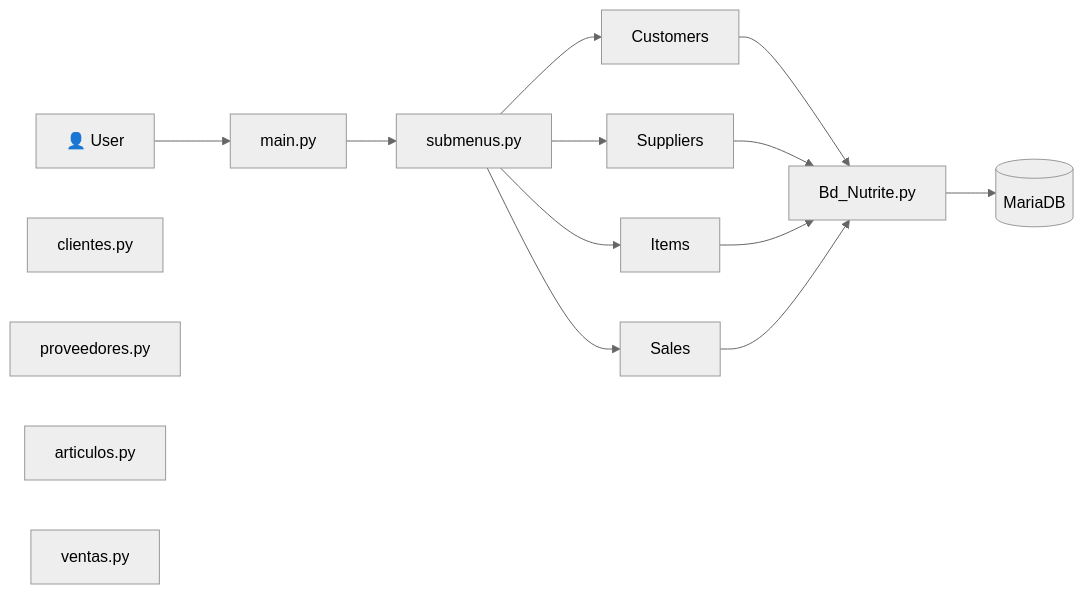
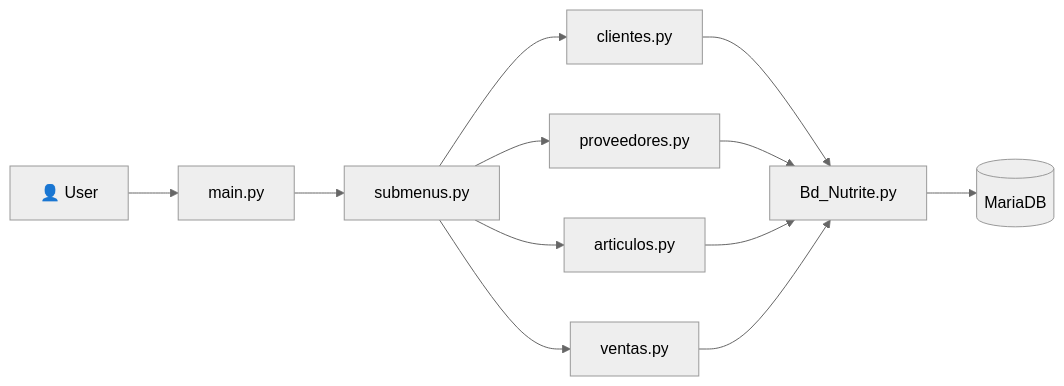
The diagram in README.md (StefiVergini/python-dietetic-management-system), drawn with Mermaid (neutral theme) before and after one commit.

Commit message:
Rename sections in README from Spanish to English

````diff
--- a/README.md
+++ b/README.md
@@ -30,37 +30,37 @@
 ```mermaid
 flowchart LR
 
 User["👤 User"]
 
 Main["main.py"]
 
 Menu["submenus.py"]
 
-Clientes["clientes.py"]
+Customers["clientes.py"]
 
-Proveedores["proveedores.py"]
+Suppliers["proveedores.py"]
 
-Articulos["articulos.py"]
+Items["articulos.py"]
 
-Ventas["ventas.py"]
+Sales["ventas.py"]
 
 DB["Bd_Nutrite.py"]
 
 Maria[(MariaDB)]
 
 User --> Main
 
 Main --> Menu
 
 Menu --> Customers
 Menu --> Suppliers
 Menu --> Items
 Menu --> Sales
 
 Customers --> DB
 Suppliers --> DB
 Items --> DB
 Sales --> DB
 
 DB --> Maria
 ```
````
